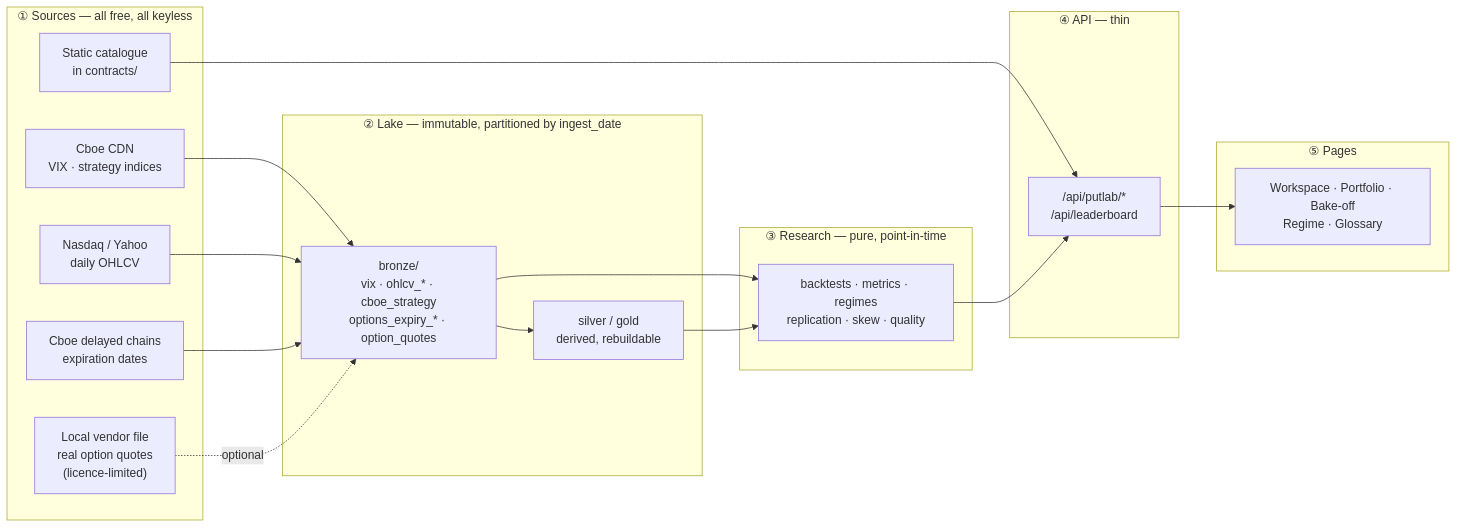
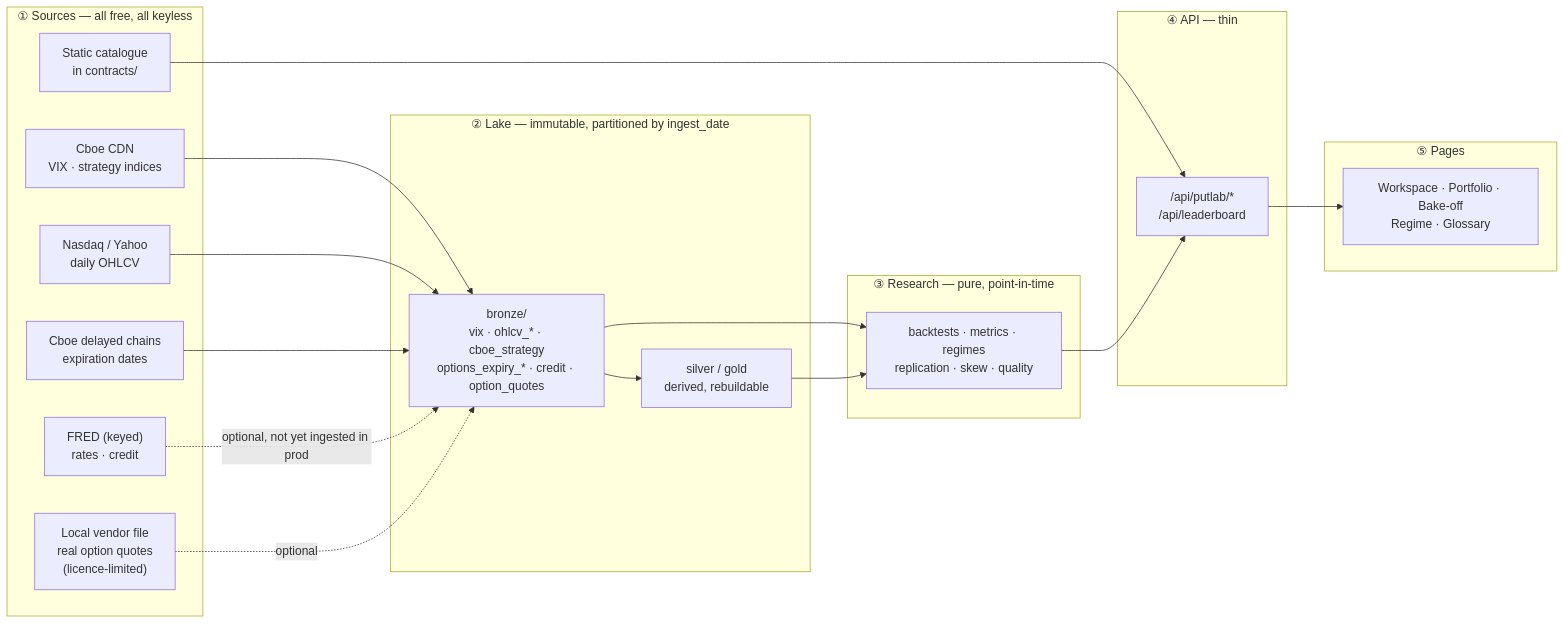
The first of 2 diagrams in docs/DATA_FLOW.md (diomavro/tail-lab), drawn with Mermaid before and after one commit. The commit also changed other lines of this file and 7 other files, not shown here.

````diff
--- a/docs/DATA_FLOW.md
+++ b/docs/DATA_FLOW.md
@@ -25,34 +25,36 @@
 ```mermaid
 flowchart LR
     subgraph S["① Sources — all free, all keyless"]
         CBOE["Cboe CDN<br/>VIX · strategy indices"]
         NDQ["Nasdaq / Yahoo<br/>daily OHLCV"]
         CHAIN["Cboe delayed chains<br/>expiration dates"]
+        FRED["FRED (keyed)<br/>rates · credit"]
         LOCAL["Local vendor file<br/>real option quotes<br/>(licence-limited)"]
         STATIC["Static catalogue<br/>in contracts/"]
     end
     subgraph L["② Lake — immutable, partitioned by ingest_date"]
-        BRONZE["bronze/<br/>vix · ohlcv_* · cboe_strategy<br/>options_expiry_* · option_quotes"]
+        BRONZE["bronze/<br/>vix · ohlcv_* · cboe_strategy<br/>options_expiry_* · credit · option_quotes"]
         SG["silver / gold<br/>derived, rebuildable"]
     end
     subgraph R["③ Research — pure, point-in-time"]
         CALC["backtests · metrics · regimes<br/>replication · skew · quality"]
     end
     subgraph A["④ API — thin"]
         ROUTES["/api/putlab/*<br/>/api/leaderboard"]
     end
     subgraph U["⑤ Pages"]
         PAGES["Workspace · Portfolio · Bake-off<br/>Regime · Glossary"]
     end
 
     CBOE --> BRONZE
     NDQ --> BRONZE
     CHAIN --> BRONZE
+    FRED -.optional, not yet ingested in prod.-> BRONZE
     LOCAL -.optional.-> BRONZE
     STATIC --> ROUTES
     BRONZE --> SG
     BRONZE --> CALC
     SG --> CALC
     CALC --> ROUTES
     ROUTES --> PAGES
 ```
````
